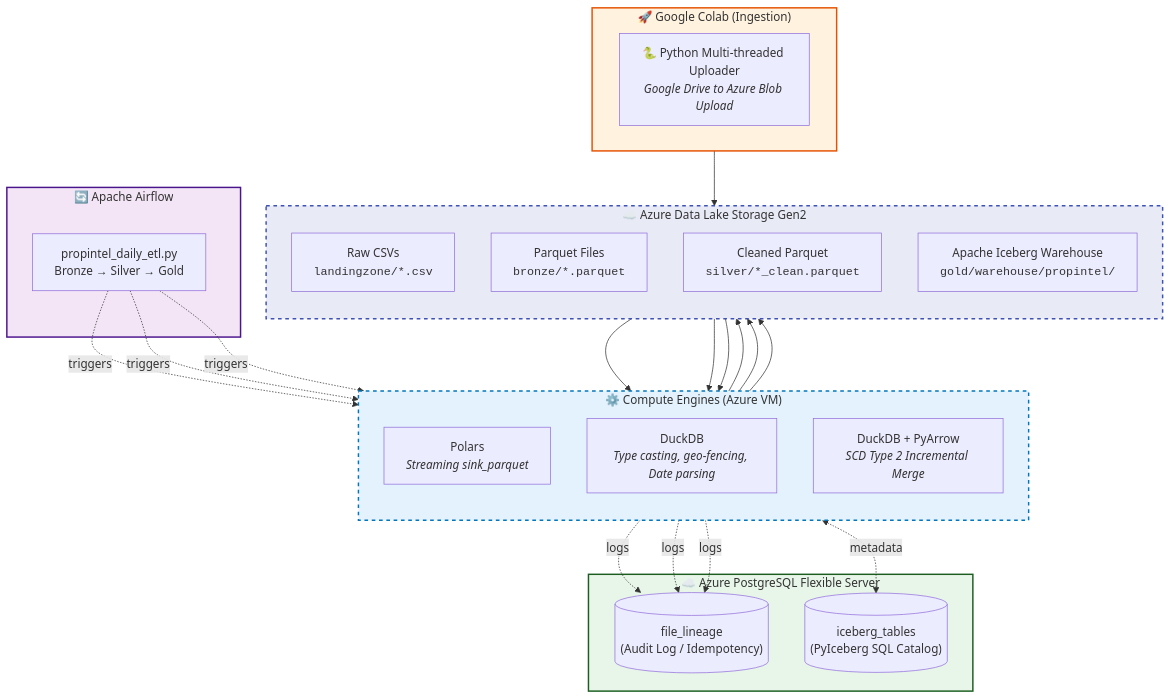
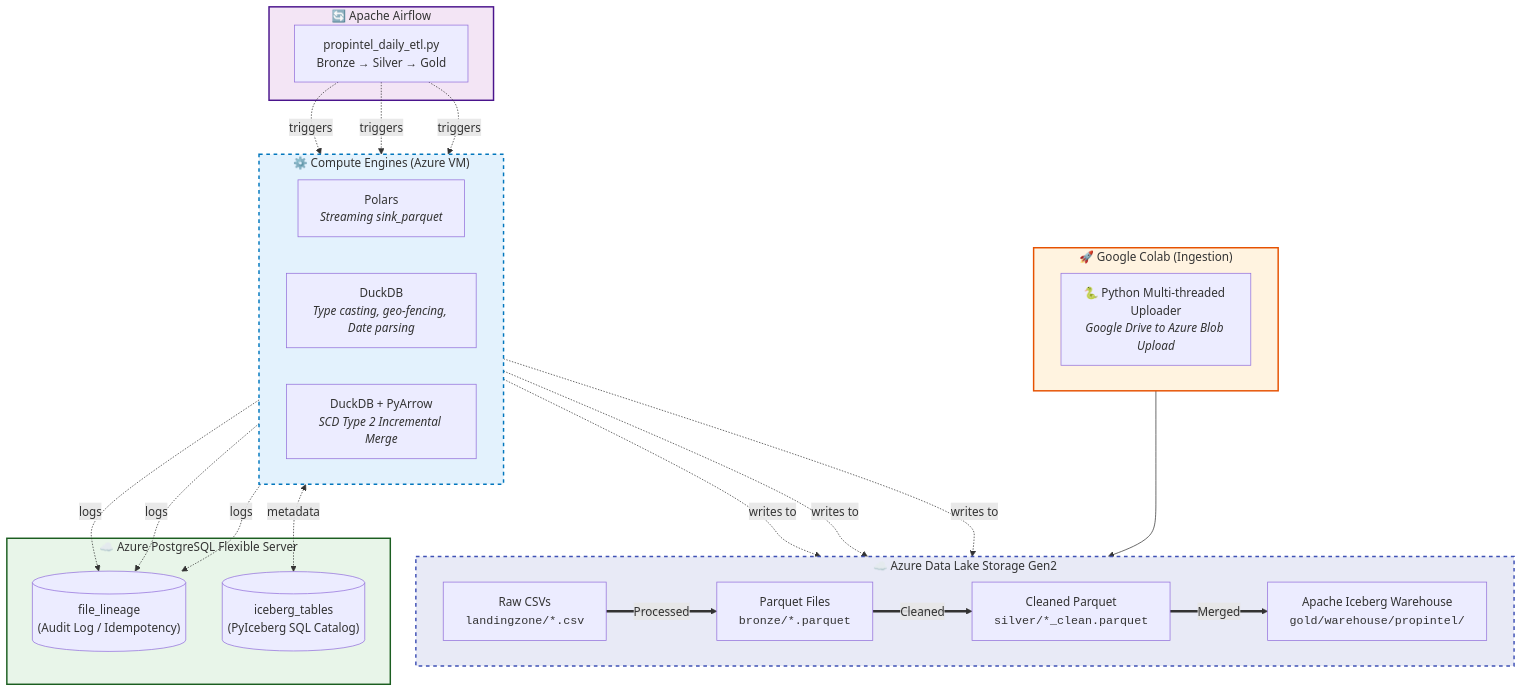
The diagram in README.md (ali786-hub/Property-Intelligence-Platform), drawn with Mermaid before and after one commit.

````diff
--- a/README.md
+++ b/README.md
@@ -22,60 +22,60 @@
 ```mermaid
 flowchart TB
     subgraph source ["🚀 Google Colab (Ingestion)"]
         COLAB["🐍 Python Multi-threaded Uploader<br/><i>Google Drive to Azure Blob Upload</i>"]
     end
 
     subgraph airflow ["🔄 Apache Airflow"]
         DAG["propintel_daily_etl.py<br/>Bronze → Silver → Gold"]
     end
 
     subgraph compute ["⚙️ Compute Engines (Azure VM)"]
-        direction TB
+        direction LR
         B_ENGINE["Polars<br/><i>Streaming sink_parquet</i>"]
         S_ENGINE["DuckDB<br/><i>Type casting, geo-fencing, Date parsing</i>"]
         G_ENGINE["DuckDB + PyArrow<br/><i>SCD Type 2 Incremental Merge</i>"]
     end
 
     subgraph cloud_storage ["☁️ Azure Data Lake Storage Gen2"]
-        direction TB
+        direction LR
         B_IN["Raw CSVs<br/><code>landingzone/*.csv</code>"]
         B_OUT["Parquet Files<br/><code>bronze/*.parquet</code>"]
         S_OUT["Cleaned Parquet<br/><code>silver/*_clean.parquet</code>"]
         G_OUT["Apache Iceberg Warehouse<br/><code>gold/warehouse/propintel/</code>"]
+        
+        %% Data Flow strictly inside the Data Lake
+        B_IN ==>|"Processed"| B_OUT
+        B_OUT ==>|"Cleaned"| S_OUT
+        S_OUT ==>|"Merged"| G_OUT
     end
 
     subgraph cloud_db ["☁️ Azure PostgreSQL Flexible Server"]
         LINEAGE[("file_lineage<br/>(Audit Log / Idempotency)")]
         CATALOG[("iceberg_tables<br/>(PyIceberg SQL Catalog)")]
     end
 
     source --> B_IN
 
     %% Airflow triggers Compute
     DAG -. "triggers" .-> B_ENGINE
     DAG -. "triggers" .-> S_ENGINE
     DAG -. "triggers" .-> G_ENGINE
 
-    %% Data Flow (Storage <--> Compute)
-    B_IN --> B_ENGINE
-    B_ENGINE --> B_OUT
-
-    B_OUT --> S_ENGINE
-    S_ENGINE --> S_OUT
-
-    S_OUT --> G_ENGINE
-    G_ENGINE --> G_OUT
+    %% Compute points towards Datalake to avoid crossing lines
+    B_ENGINE -. "writes to" .-> B_OUT
+    S_ENGINE -. "writes to" .-> S_OUT
+    G_ENGINE -. "writes to" .-> G_OUT
 
     %% State Management & Logging
     B_ENGINE -. "logs" .-> LINEAGE
     S_ENGINE -. "logs" .-> LINEAGE
     G_ENGINE -. "logs" .-> LINEAGE
     G_ENGINE <-. "metadata" .-> CATALOG
 
     %% Styling for Visual Cohesion
     style source fill:#fff3e0,stroke:#e65100,stroke-width:2px
     style airflow fill:#f3e5f5,stroke:#4a148c,stroke-width:2px
     style compute fill:#e3f2fd,stroke:#0277bd,stroke-width:2px,stroke-dasharray: 5 5
     style cloud_storage fill:#e8eaf6,stroke:#3f51b5,stroke-width:2px,stroke-dasharray: 5 5
     style cloud_db fill:#e8f5e9,stroke:#1b5e20,stroke-width:2px
 ```
````
